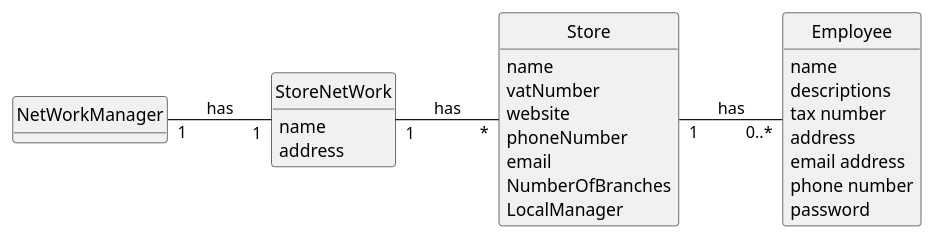
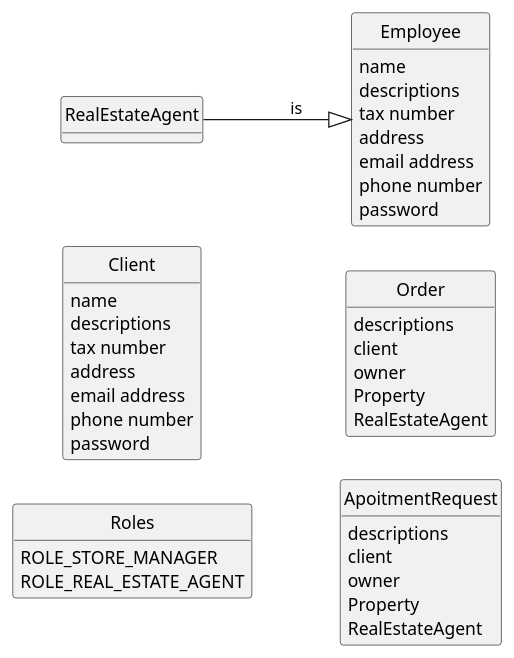
The diagram in lei-22-s2-1do-g68/docs/SprintD/us020/02.analysis/puml/us013-domain-model.puml (hugosilva2901/lei-22-s2-1DO-g68), drawn with PlantUML before and after one commit. The commit also changed 5 other files, not shown here.

Commit message:
US020 system sequence diagram and domain model

```diff
--- a/lei-22-s2-1do-g68/docs/SprintD/us020/02.analysis/puml/us013-domain-model.puml
+++ b/lei-22-s2-1do-g68/docs/SprintD/us020/02.analysis/puml/us013-domain-model.puml
@@ -1,42 +1,58 @@
 @startuml
 skinparam monochrome true
 skinparam packageStyle rectangle
 skinparam shadowing false
 
 skinparam classAttributeIconSize 0
 hide circle
 hide methods
 left to right direction
 
 
-class NetWorkManager{
+class Client {
+    name
+    descriptions
+    tax number
+    address
+    email address
+    phone number
+    password
 }
-
-class Store{
-name
-vatNumber
-website
-phoneNumber
-email
-NumberOfBranches
-LocalManager
-}
-
 class Employee{
     name
     descriptions
     tax number
     address
     email address
     phone number
     password
 }
-class StoreNetWork{
-name
-address
+
+enum Roles{
+    ROLE_STORE_MANAGER
+    ROLE_REAL_ESTATE_AGENT
 }
 
-StoreNetWork "1"--"*" Store : has
-Store "1"--"0..*" Employee : has
-NetWorkManager "1"--"1" StoreNetWork: has
+class  RealEstateAgent{
+}
+
+class Order{
+    descriptions
+    client
+    owner
+    Property
+    RealEstateAgent
+}
+
+class ApoitmentRequest{
+    descriptions
+    client
+    owner
+    Property
+    RealEstateAgent
+}
+
+RealEstateAgent --|> Employee : is
+
+
 @enduml
```
